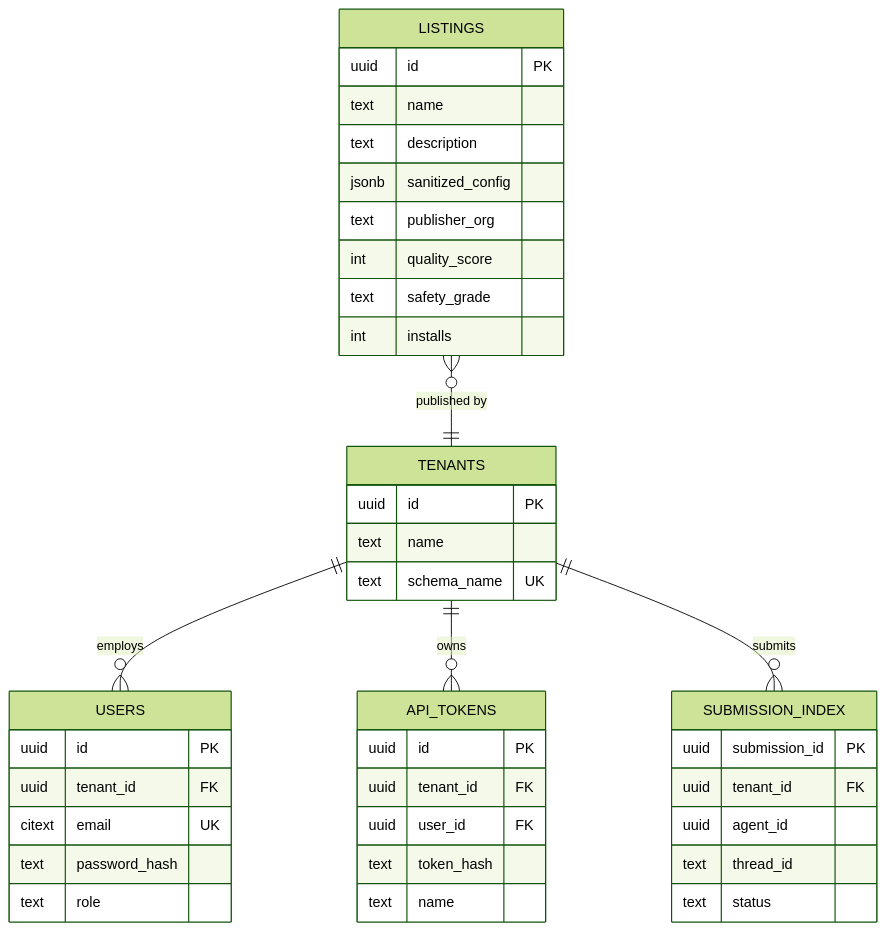
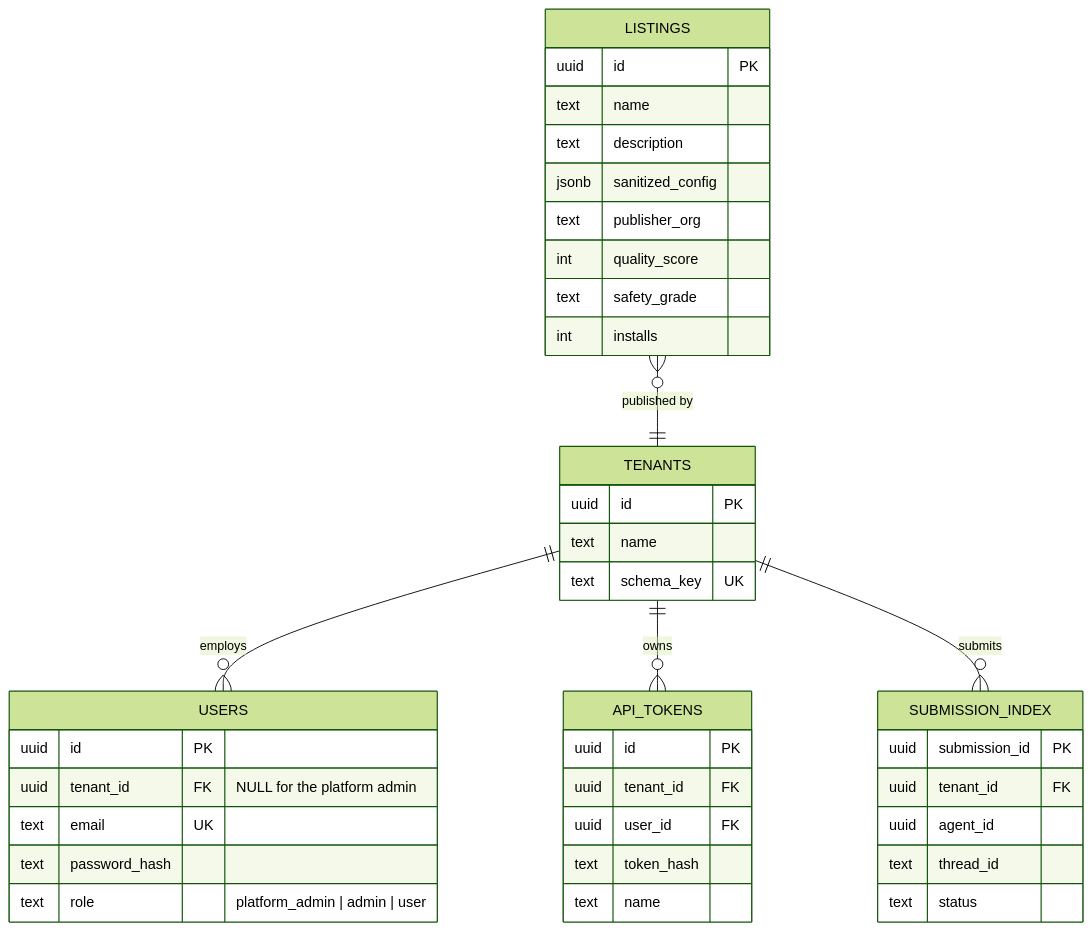
Before and after one commit to Shivanilarokar/AgentPlatformCapstone: the tenth of 14 diagrams in docs/DESIGN.md, drawn with Mermaid (forest theme). The commit also changed other lines of this file and 5 other files, not shown here.

Commit message:
Sync docs and diagrams with the role/RLS design; add verify_isolation.py

````diff
--- a/docs/DESIGN.md
+++ b/docs/DESIGN.md
@@ -415,44 +418,44 @@
 ```mermaid
 erDiagram
     TENANTS ||--o{ USERS : employs
     TENANTS ||--o{ API_TOKENS : owns
     TENANTS ||--o{ SUBMISSION_INDEX : submits
     LISTINGS }o--|| TENANTS : "published by"
 
     TENANTS {
         uuid id PK
         text name
-        text schema_name UK
+        text schema_key UK
     }
     USERS {
         uuid id PK
-        uuid tenant_id FK
-        citext email UK
+        uuid tenant_id FK "NULL for the platform admin"
+        text email UK
         text password_hash
-        text role
+        text role "platform_admin | admin | user"
     }
     API_TOKENS {
         uuid id PK
         uuid tenant_id FK
         uuid user_id FK
         text token_hash
         text name
     }
     LISTINGS {
         uuid id PK
         text name
         text description
         jsonb sanitized_config
         text publisher_org
         int quality_score
         text safety_grade
         int installs
     }
     SUBMISSION_INDEX {
         uuid submission_id PK
         uuid tenant_id FK
         uuid agent_id
         text thread_id
         text status
     }
 ```
````
